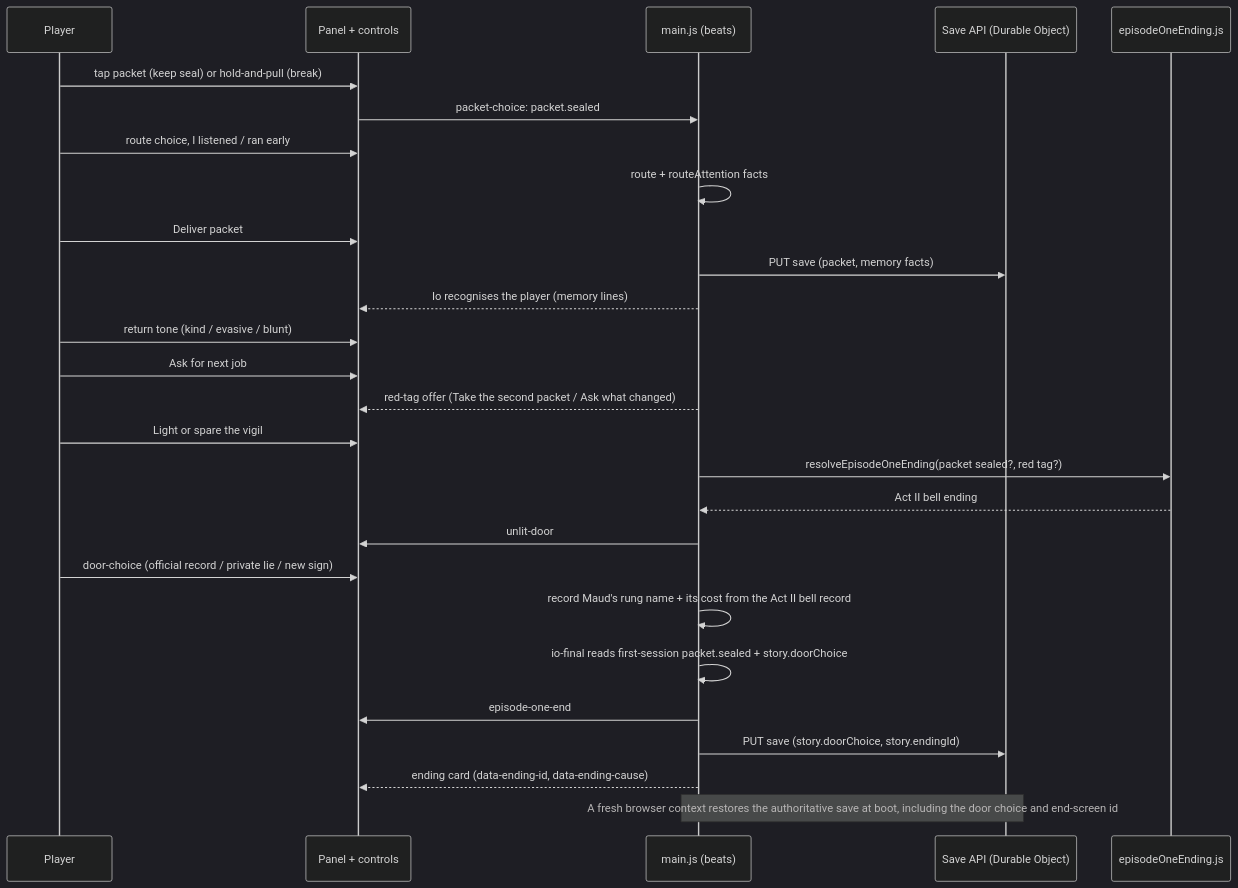
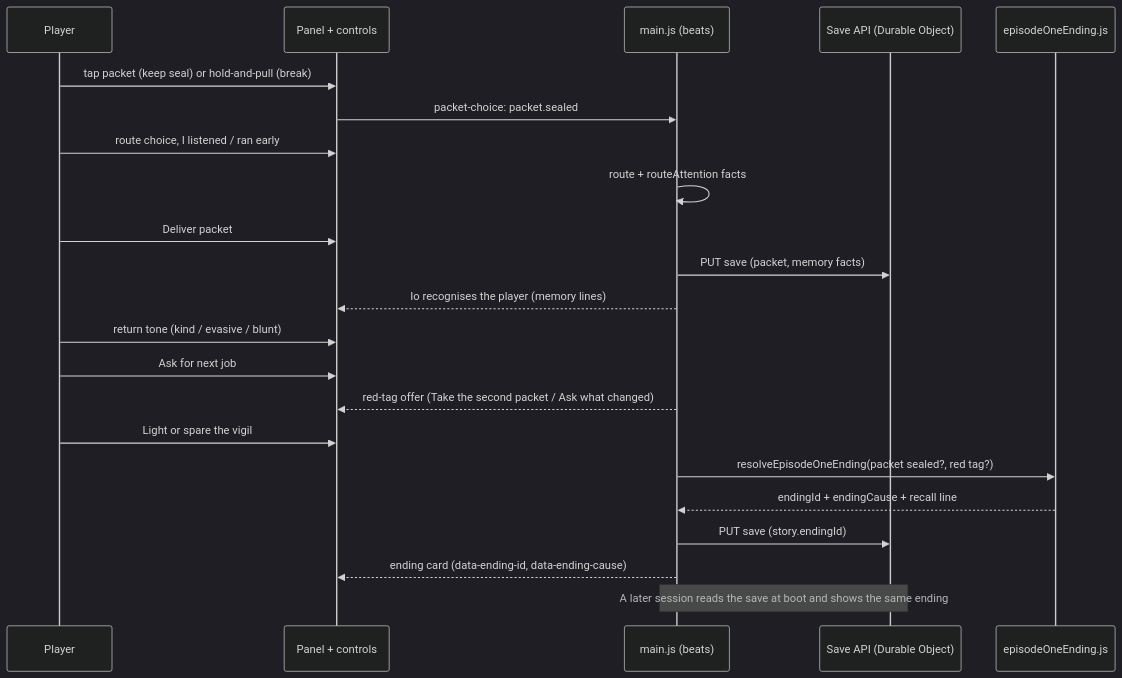
One commit to phynars/oodim-game changed the third of 6 diagrams in docs/plan/architecture/README.md. Above: the diagram before and after it, drawn with Mermaid (dark theme). The commit also changed other lines of this file and 1 other file, not shown here.

````diff
--- a/docs/plan/architecture/README.md
+++ b/docs/plan/architecture/README.md
@@ -183,30 +183,25 @@
 ```mermaid
 sequenceDiagram
   participant P as Player
   participant UI as Panel + controls
   participant G as main.js (beats)
   participant S as Save API (Durable Object)
   participant E as episodeOneEnding.js
 
   P->>UI: tap packet (keep seal) or hold-and-pull (break)
   UI->>G: packet-choice: packet.sealed
   P->>UI: route choice, I listened / ran early
   G->>G: route + routeAttention facts
   P->>UI: Deliver packet
   G->>S: PUT save (packet, memory facts)
   G-->>UI: Io recognises the player (memory lines)
   P->>UI: return tone (kind / evasive / blunt)
   P->>UI: Ask for next job
   G-->>UI: red-tag offer (Take the second packet / Ask what changed)
   P->>UI: Light or spare the vigil
   G->>E: resolveEpisodeOneEnding(packet sealed?, red tag?)
-  E-->>G: Act II bell ending
-  G->>UI: unlit-door
-  P->>UI: door-choice (official record / private lie / new sign)
-  G->>G: record Maud's rung name + its cost from the Act II bell record
-  G->>G: io-final reads first-session packet.sealed + story.doorChoice
-  G->>UI: episode-one-end
-  G->>S: PUT save (story.doorChoice, story.endingId)
+  E-->>G: endingId + endingCause + recall line
+  G->>S: PUT save (story.endingId)
   G-->>UI: ending card (data-ending-id, data-ending-cause)
-  Note over G,S: A fresh browser context restores the authoritative save at boot, including the door choice and end-screen id
+  Note over G,S: A later session reads the save at boot and shows the same ending
 ```
````
